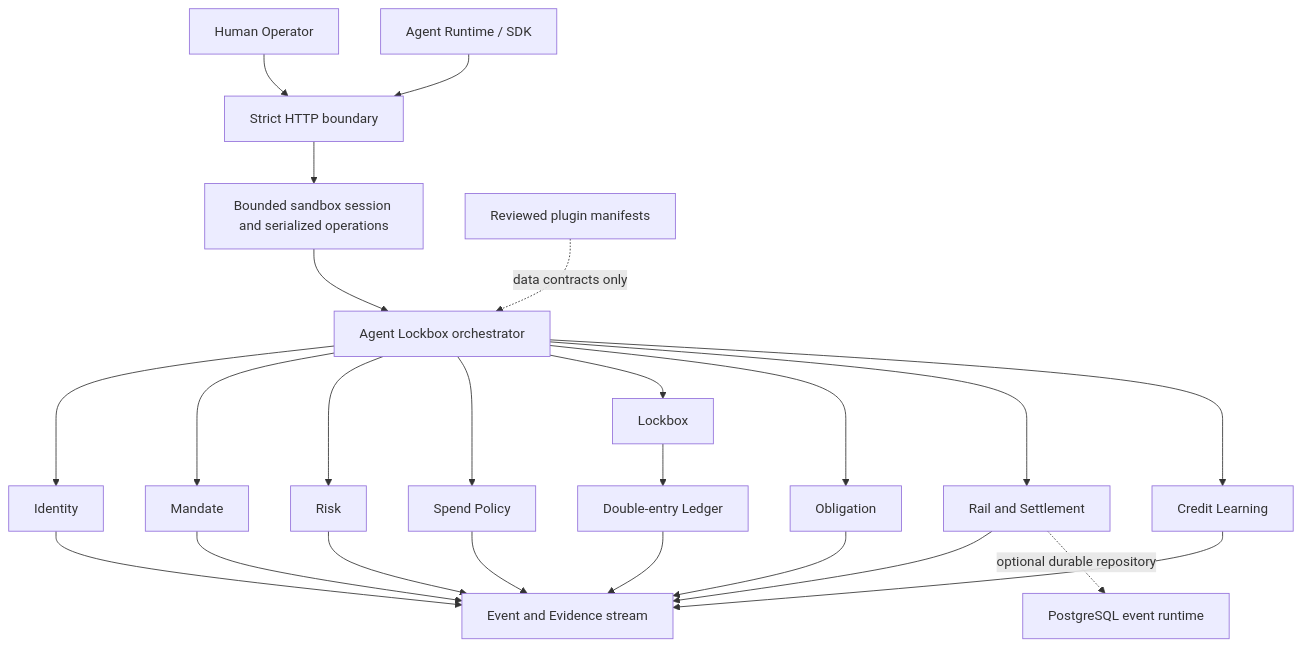
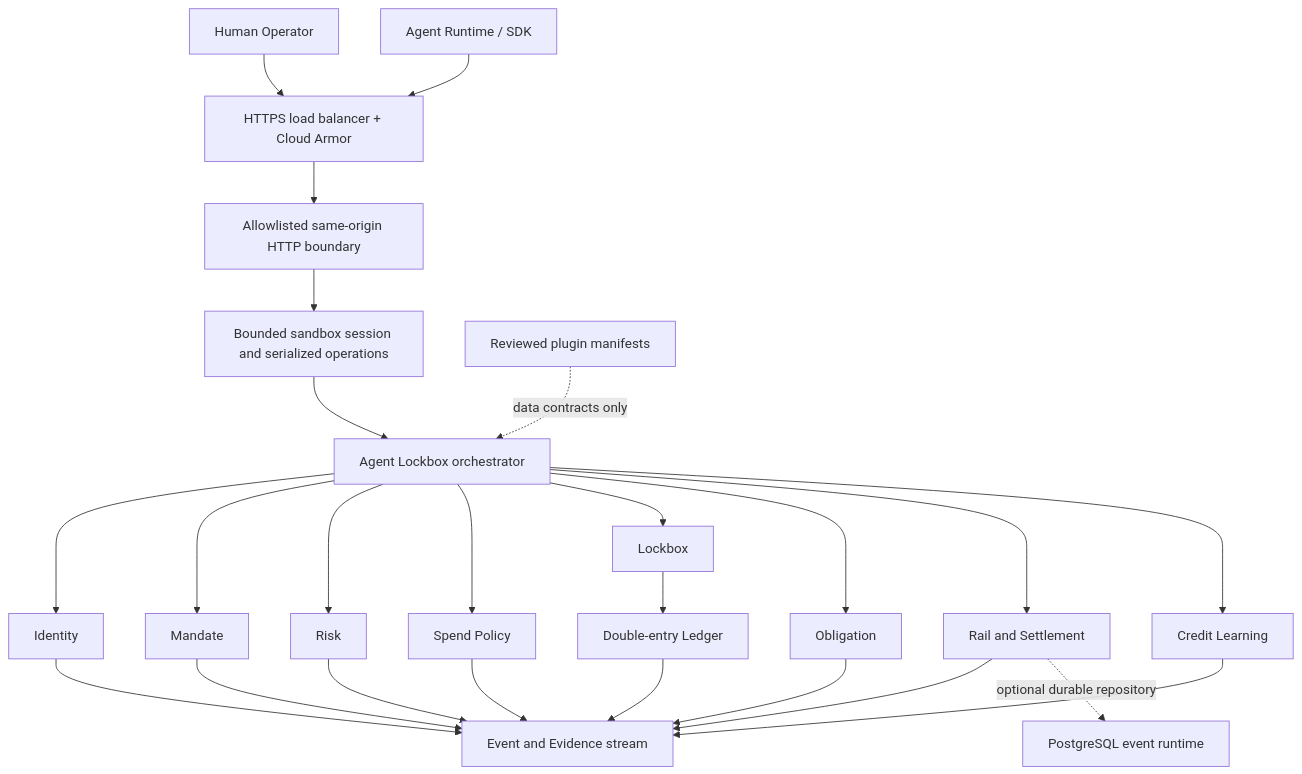
The diagram in README.md (CPTM511/IPO.ONE), drawn with Mermaid before and after one commit. The commit also changed other lines of this file and 22 other files, not shown here.

````diff
--- a/README.md
+++ b/README.md
@@ -105,29 +107,30 @@
 ```mermaid
 flowchart TB
-  Human["Human Operator"] --> HTTP["Strict HTTP boundary"]
-  Agent["Agent Runtime / SDK"] --> HTTP
+  Human["Human Operator"] --> Edge["HTTPS load balancer + Cloud Armor"]
+  Agent["Agent Runtime / SDK"] --> Edge
+  Edge --> HTTP["Allowlisted same-origin HTTP boundary"]
   HTTP --> Session["Bounded sandbox session and serialized operations"]
   Session --> Flow["Agent Lockbox orchestrator"]
 
   Flow --> Identity["Identity"]
   Flow --> Mandate["Mandate"]
   Flow --> Risk["Risk"]
   Flow --> Spend["Spend Policy"]
   Flow --> Lockbox["Lockbox"]
   Flow --> Obligation["Obligation"]
   Flow --> Rail["Rail and Settlement"]
   Flow --> Learning["Credit Learning"]
 
   Identity --> Evidence["Event and Evidence stream"]
   Mandate --> Evidence
   Risk --> Evidence
   Spend --> Evidence
   Lockbox --> Ledger["Double-entry Ledger"]
   Obligation --> Evidence
   Rail --> Evidence
   Learning --> Evidence
   Ledger --> Evidence
 
   Rail -. optional durable repository .-> Postgres["PostgreSQL event runtime"]
   Plugins["Reviewed plugin manifests"] -. data contracts only .-> Flow
 ```
````
